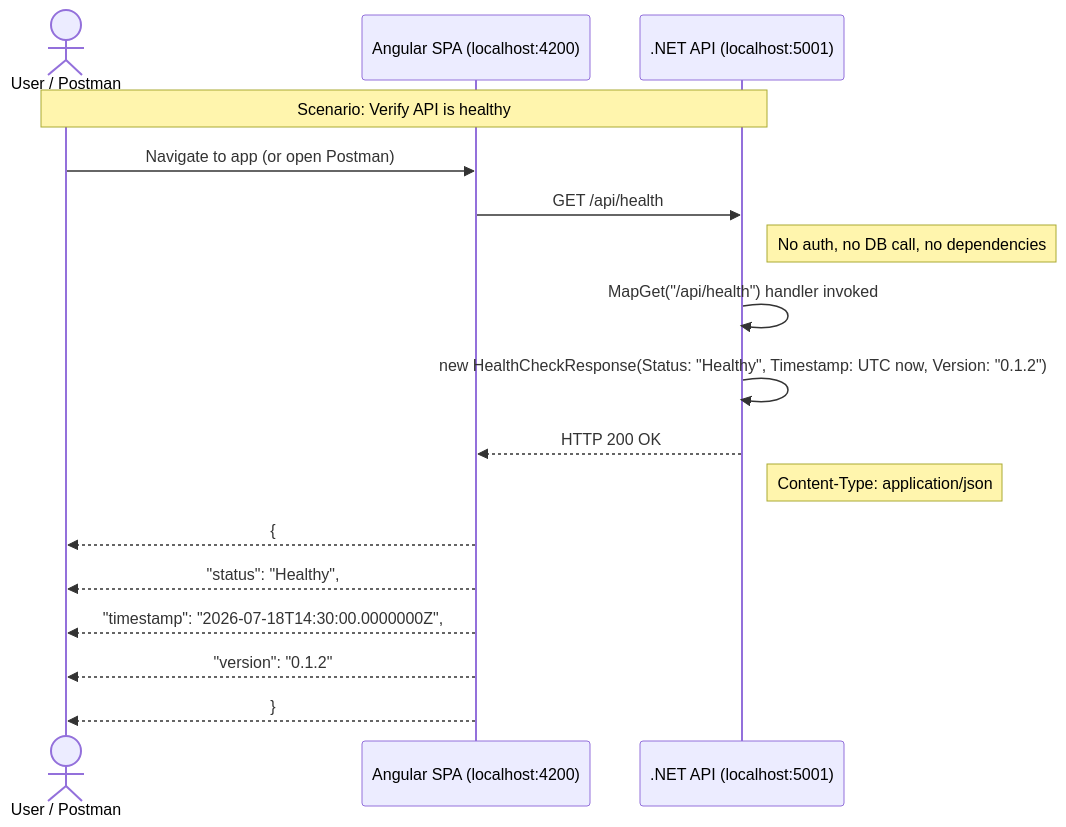
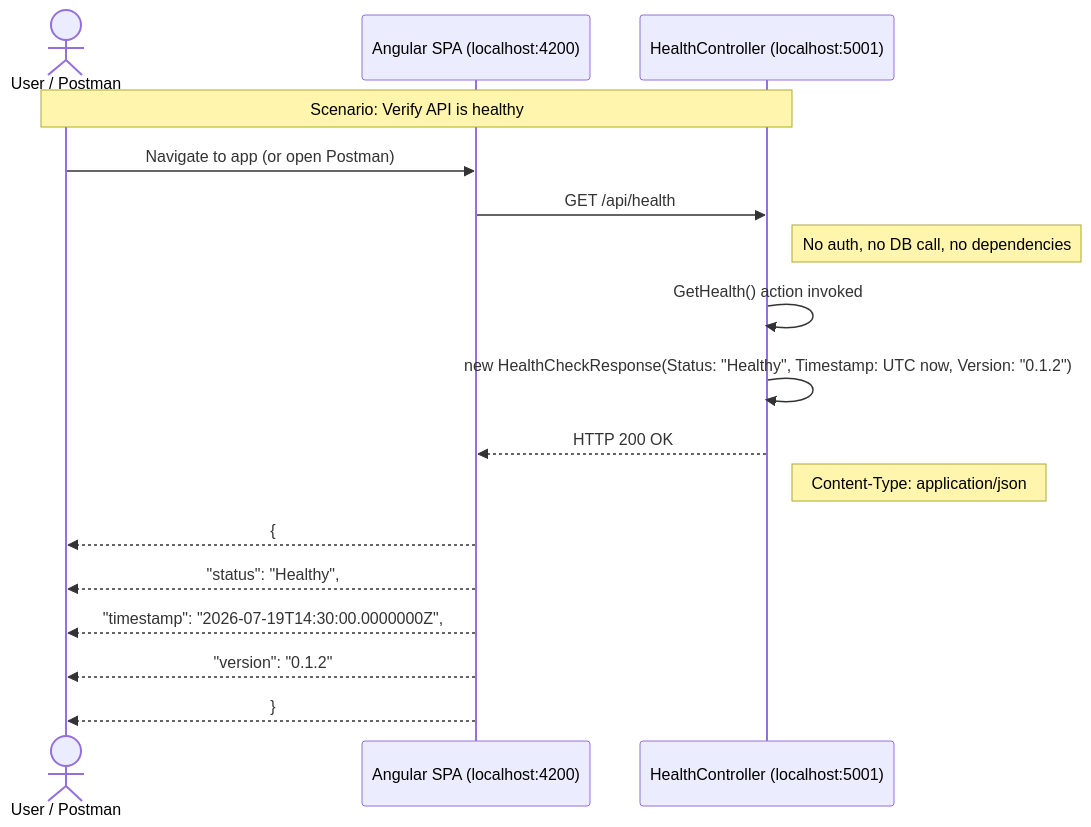
One commit to tumuchcoffee/icm-coding-workflow changed the second of 7 diagrams in feature-workspace/v0.1.2/02-architecture/output/sequence-diagrams.md. Above: the diagram before and after it, drawn with Mermaid. The commit also changed other lines of this file and 32 other files, not shown here.

````diff
--- a/feature-workspace/v0.1.2/02-architecture/output/sequence-diagrams.md
+++ b/feature-workspace/v0.1.2/02-architecture/output/sequence-diagrams.md
@@ -64,23 +61,23 @@
 ```mermaid
 sequenceDiagram
     actor User as User / Postman
     participant Browser as Angular SPA (localhost:4200)
-    participant API as .NET API (localhost:5001)
+    participant Controller as HealthController (localhost:5001)
 
-    Note over User,API: Scenario: Verify API is healthy
+    Note over User,Controller: Scenario: Verify API is healthy
 
     User->>Browser: Navigate to app (or open Postman)
-    Browser->>API: GET /api/health
-    Note right of API: No auth, no DB call, no dependencies
+    Browser->>Controller: GET /api/health
+    Note right of Controller: No auth, no DB call, no dependencies
 
-    API->>API: MapGet("/api/health") handler invoked
-    API->>API: new HealthCheckResponse(Status: "Healthy", Timestamp: UTC now, Version: "0.1.2")
-    API-->>Browser: HTTP 200 OK
-    Note right of API: Content-Type: application/json
+    Controller->>Controller: GetHealth() action invoked
+    Controller->>Controller: new HealthCheckResponse(Status: "Healthy", Timestamp: UTC now, Version: "0.1.2")
+    Controller-->>Browser: HTTP 200 OK
+    Note right of Controller: Content-Type: application/json
 
     Browser-->>User: {
     Browser-->>User:   "status": "Healthy",
-    Browser-->>User:   "timestamp": "2026-07-18T14:30:00.0000000Z",
+    Browser-->>User:   "timestamp": "2026-07-19T14:30:00.0000000Z",
     Browser-->>User:   "version": "0.1.2"
     Browser-->>User: }
 ```
````
